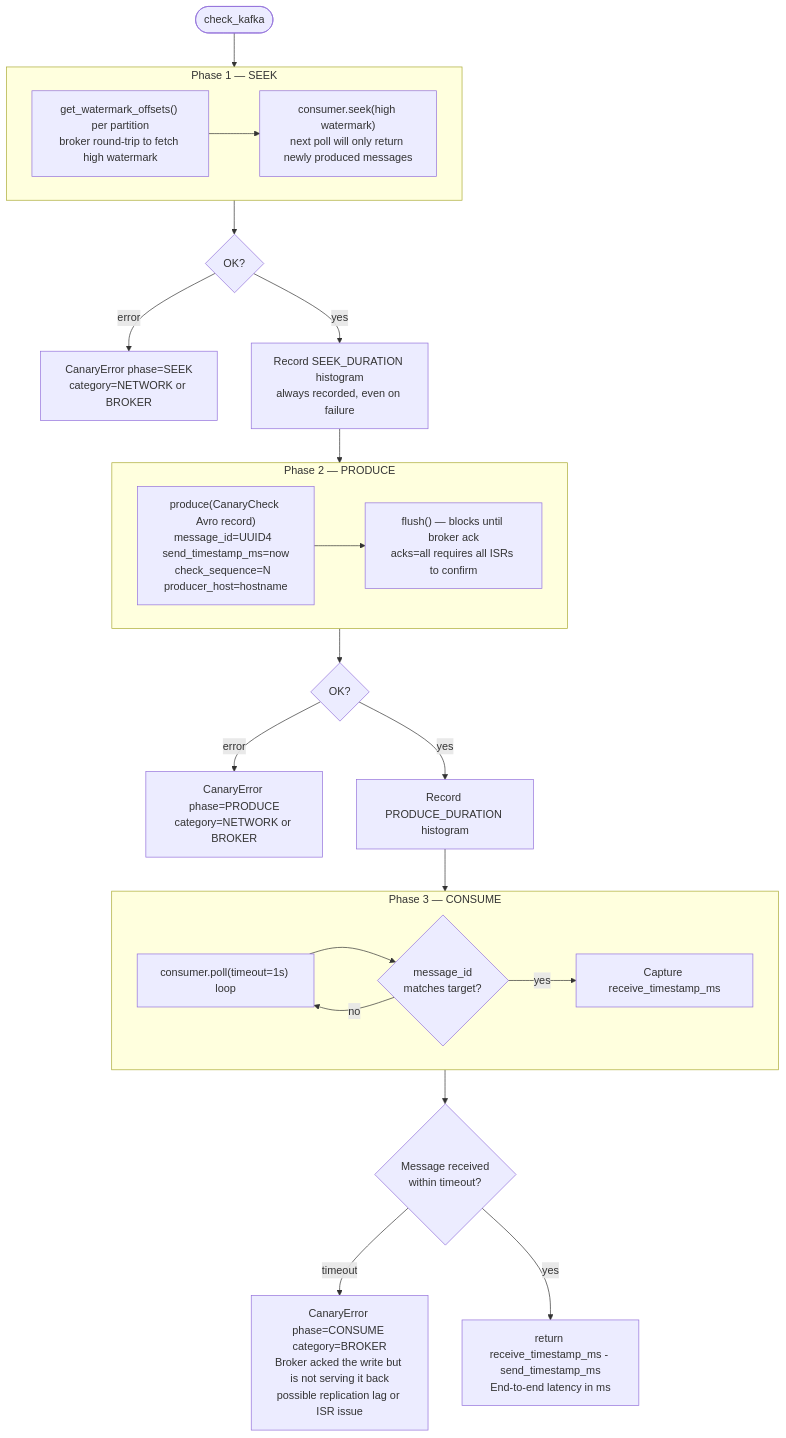
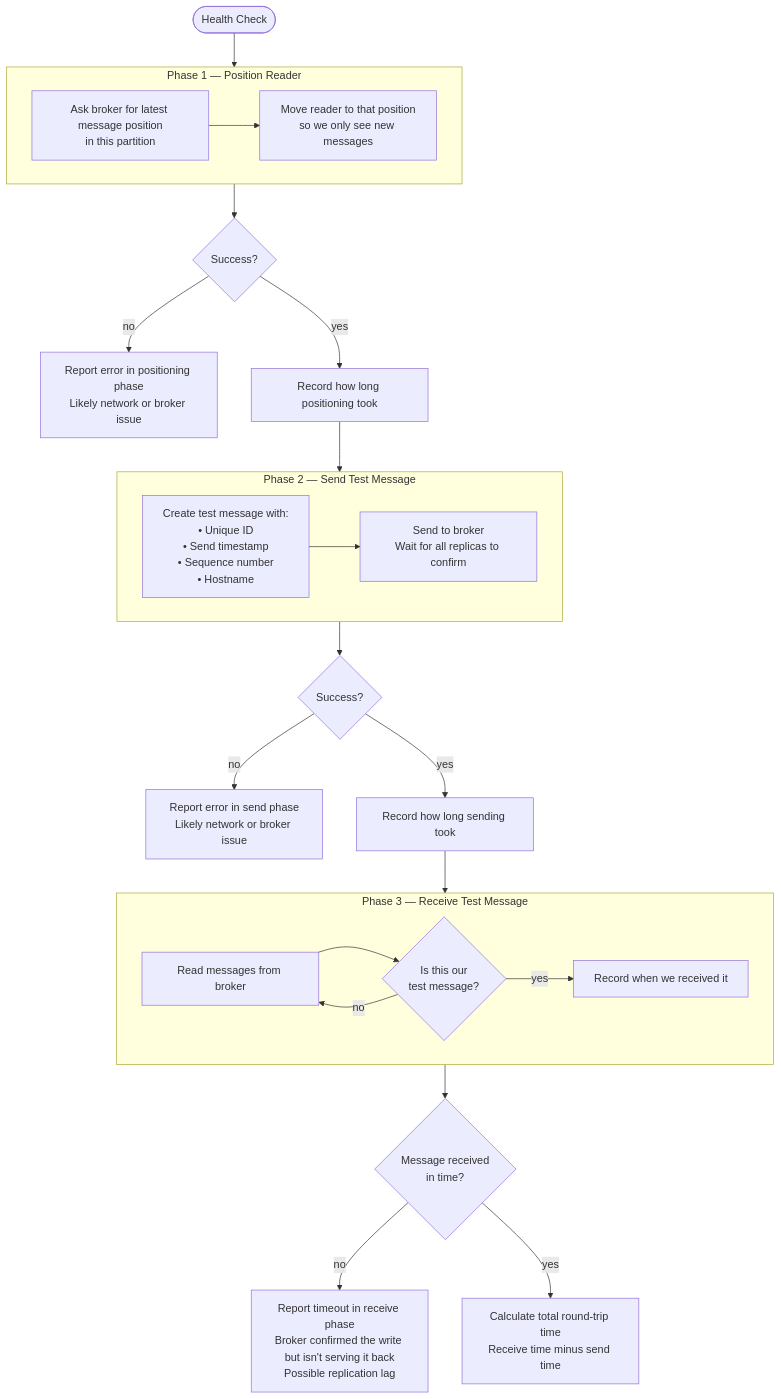
One commit to arvindsrajagopal/cloud_canary changed the second of 3 diagrams in README.md. Above: the diagram before and after it, drawn with Mermaid. The commit also changed other lines of this file and 7 other files, not shown here.

````diff
--- a/README.md
+++ b/README.md
@@ -123,34 +125,34 @@
 ```mermaid
 flowchart TD
-    A([check_kafka]) --> B
+    A([Health Check]) --> B
 
-    subgraph B[" Phase 1 — SEEK "]
-        B1["get_watermark_offsets() per partition\nbroker round-trip to fetch high watermark"] --> B2["consumer.seek(high watermark)\nnext poll will only return newly produced messages"]
+    subgraph B[" Phase 1 — Position Reader "]
+        B1["Ask broker for latest message position\nin this partition"] --> B2["Move reader to that position\nso we only see new messages"]
     end
 
-    B --> BC{OK?}
-    BC -- error --> BE["CanaryError phase=SEEK\ncategory=NETWORK or BROKER"]
-    BC -- yes --> BM["Record SEEK_DURATION histogram\nalways recorded, even on failure"]
+    B --> BC{Success?}
+    BC -- no --> BE["Report error in positioning phase\nLikely network or broker issue"]
+    BC -- yes --> BM["Record how long positioning took"]
 
     BM --> E
 
-    subgraph E[" Phase 2 — PRODUCE "]
-        E1["produce(CanaryCheck Avro record)\nmessage_id=UUID4  send_timestamp_ms=now\ncheck_sequence=N  producer_host=hostname"] --> E2["flush() — blocks until broker ack\nacks=all requires all ISRs to confirm"]
+    subgraph E[" Phase 2 — Send Test Message "]
+        E1["Create test message with:\n• Unique ID\n• Send timestamp\n• Sequence number\n• Hostname"] --> E2["Send to broker\nWait for all replicas to confirm"]
     end
 
-    E --> EC{OK?}
-    EC -- error --> EE["CanaryError phase=PRODUCE\ncategory=NETWORK or BROKER"]
-    EC -- yes --> EM[Record PRODUCE_DURATION histogram]
+    E --> EC{Success?}
+    EC -- no --> EE["Report error in send phase\nLikely network or broker issue"]
+    EC -- yes --> EM[Record how long sending took]
 
     EM --> G
 
-    subgraph G[" Phase 3 — CONSUME "]
-        G1["consumer.poll(timeout=1s) loop"] --> G2{message_id\nmatches target?}
+    subgraph G[" Phase 3 — Receive Test Message "]
+        G1["Read messages from broker"] --> G2{Is this our\ntest message?}
         G2 -- no --> G1
-        G2 -- yes --> G3[Capture receive_timestamp_ms]
+        G2 -- yes --> G3[Record when we received it]
     end
 
-    G --> GC{Message received\nwithin timeout?}
-    GC -- timeout --> GE["CanaryError phase=CONSUME category=BROKER\nBroker acked the write but is not serving it back\npossible replication lag or ISR issue"]
-    GC -- yes --> GM["return receive_timestamp_ms - send_timestamp_ms\nEnd-to-end latency in ms"]
+    G --> GC{Message received\nin time?}
+    GC -- no --> GE["Report timeout in receive phase\nBroker confirmed the write but isn't serving it back\nPossible replication lag"]
+    GC -- yes --> GM["Calculate total round-trip time\nReceive time minus send time"]
 ```
````
